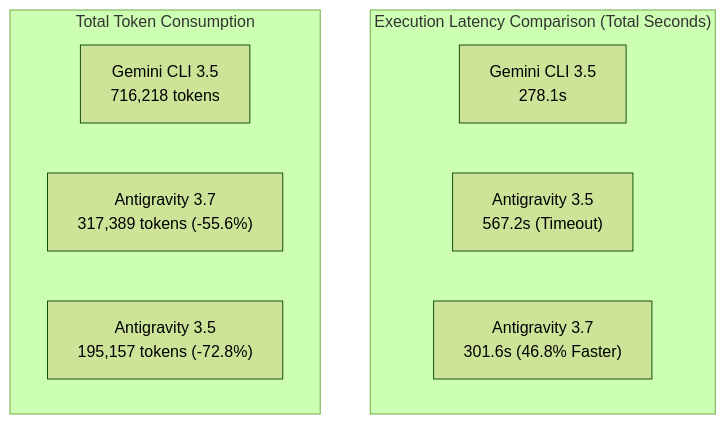
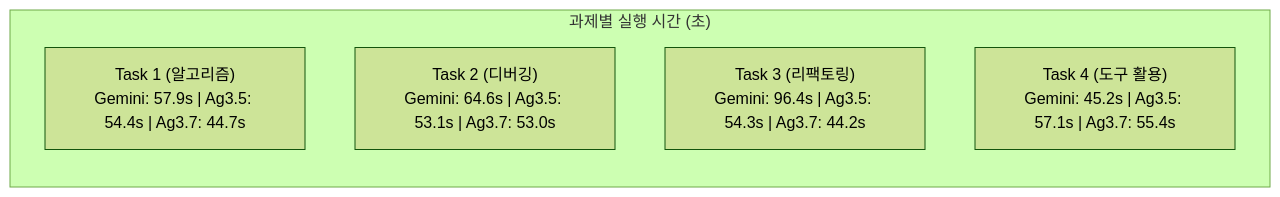
Before and after one commit to srobin9/clis-benchmark: the diagram in docs/gemini_37_vs_35_benchmark_results.md, drawn with Mermaid (forest theme). The commit also changed other lines of this file and 5 other files, not shown here.

````diff
--- a/docs/gemini_37_vs_35_benchmark_results.md
+++ b/docs/gemini_37_vs_35_benchmark_results.md
@@ -13,13 +32,9 @@
 ```mermaid
-graph TD
-    subgraph "Execution Latency Comparison (Total Seconds)"
-        G_T["Gemini CLI 3.5<br/>278.1s"]
-        A35_T["Antigravity 3.5<br/>567.2s (Timeout)"]
-        A37_T["Antigravity 3.7<br/>301.6s (46.8% Faster)"]
-    end
-    subgraph "Total Token Consumption"
-        G_TOK["Gemini CLI 3.5<br/>716,218 tokens"]
-        A37_TOK["Antigravity 3.7<br/>317,389 tokens (-55.6%)"]
-        A35_TOK["Antigravity 3.5<br/>195,157 tokens (-72.8%)"]
+graph LR
+    subgraph "과제별 실행 시간 (초)"
+        T1["Task 1 (알고리즘)<br/>Gemini: 57.9s | Ag3.5: 54.4s | Ag3.7: 44.7s"]
+        T2["Task 2 (디버깅)<br/>Gemini: 64.6s | Ag3.5: 53.1s | Ag3.7: 53.0s"]
+        T3["Task 3 (리팩토링)<br/>Gemini: 96.4s | Ag3.5: 54.3s | Ag3.7: 44.2s"]
+        T4["Task 4 (도구 활용)<br/>Gemini: 45.2s | Ag3.5: 57.1s | Ag3.7: 55.4s"]
     end
 ```
````
